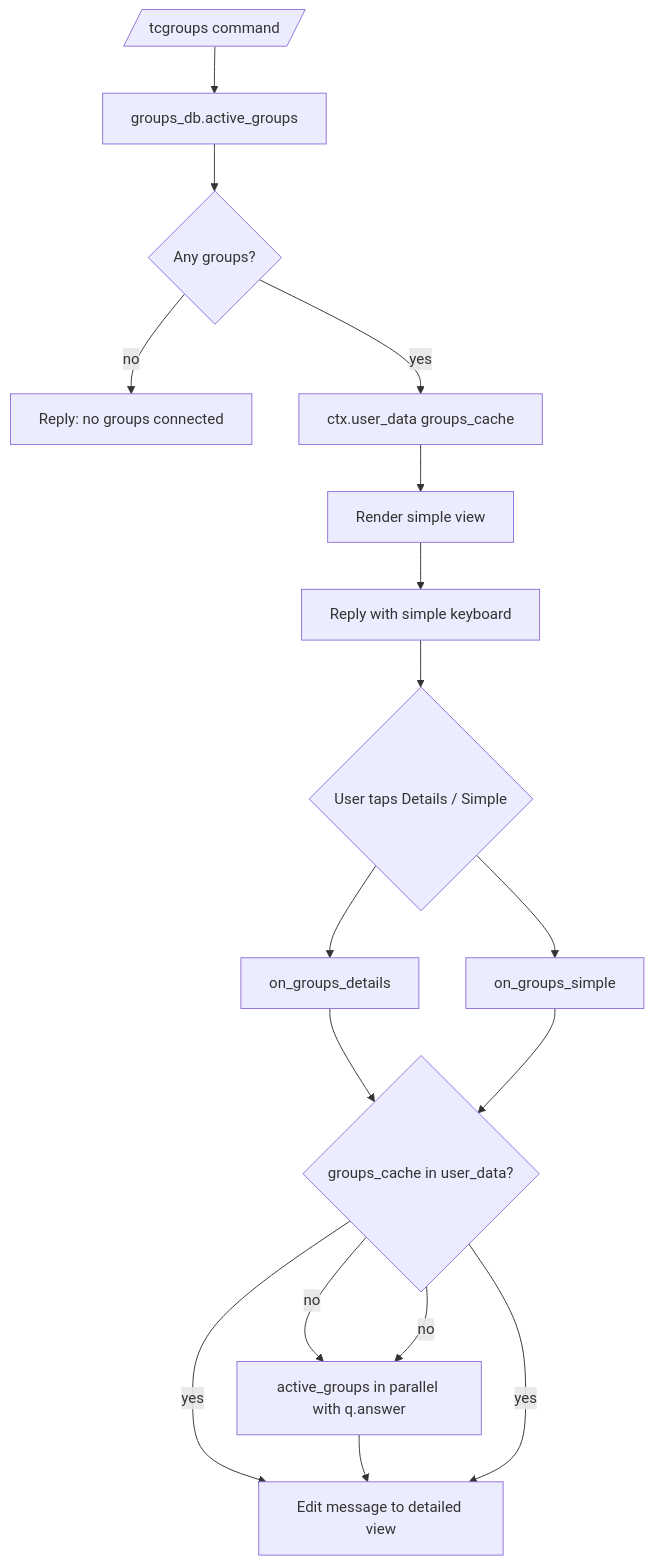
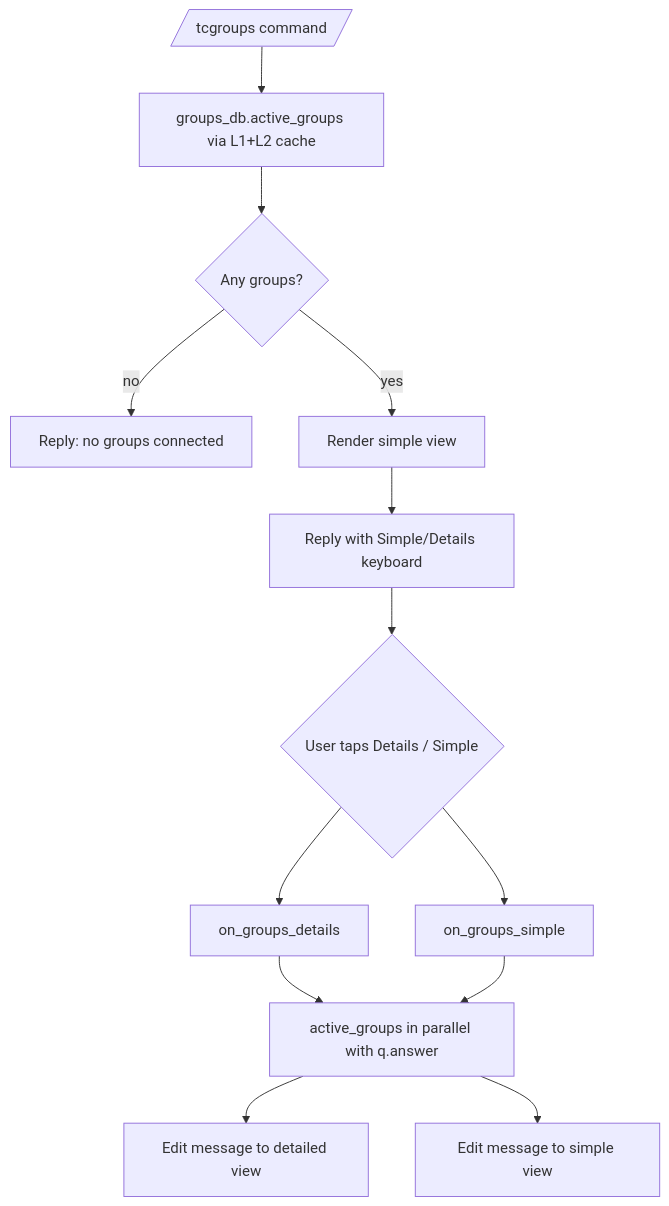
The diagram in docs/features/moderation/groups.md (D1ZZY4/tcbot), drawn with Mermaid before and after one commit. The commit also changed other lines of this file and 25 other files, not shown here.

````diff
--- a/docs/features/moderation/groups.md
+++ b/docs/features/moderation/groups.md
@@ -10,19 +10,15 @@
 ```mermaid
 flowchart TD
-    Cmd[/tcgroups command/] --> Fetch[groups_db.active_groups]
+    Cmd[/tcgroups command/] --> Fetch[groups_db.active_groups via L1+L2 cache]
     Fetch --> Empty{Any groups?}
     Empty -->|no| EmptyMsg[Reply: no groups connected]
-    Empty -->|yes| Cache[ctx.user_data groups_cache]
-    Cache --> Render[Render simple view]
-    Render --> Reply[Reply with simple keyboard]
+    Empty -->|yes| Render[Render simple view]
+    Render --> Reply[Reply with Simple/Details keyboard]
     Reply --> Tap{User taps Details / Simple}
     Tap --> Details[on_groups_details]
     Tap --> Simple[on_groups_simple]
-    Details --> CachedCheck{groups_cache in user_data?}
-    CachedCheck -->|yes| Edit[Edit message to detailed view]
-    CachedCheck -->|no| Refetch[active_groups in parallel with q.answer]
-    Refetch --> Edit
-    Simple --> CachedCheck
-    CachedCheck -->|yes| Edit
-    CachedCheck -->|no| Refetch
+    Details --> Refresh[active_groups in parallel with q.answer]
+    Refresh --> Edit[Edit message to detailed view]
+    Simple --> Refresh
+    Refresh --> Edit2[Edit message to simple view]
 ```
````
